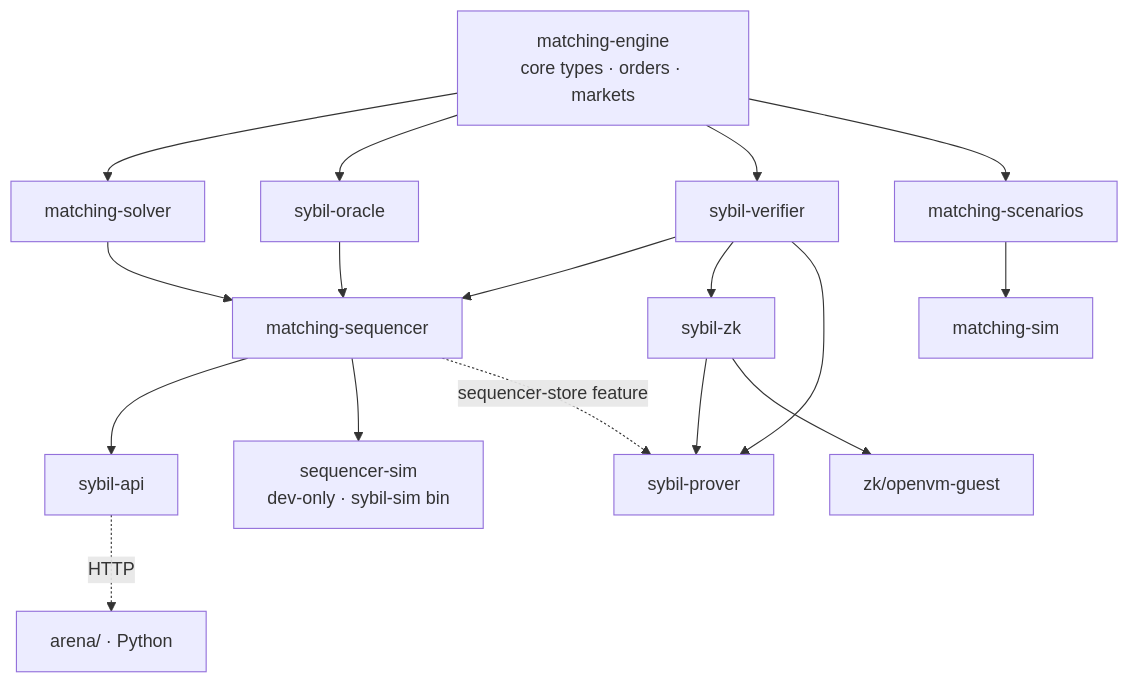
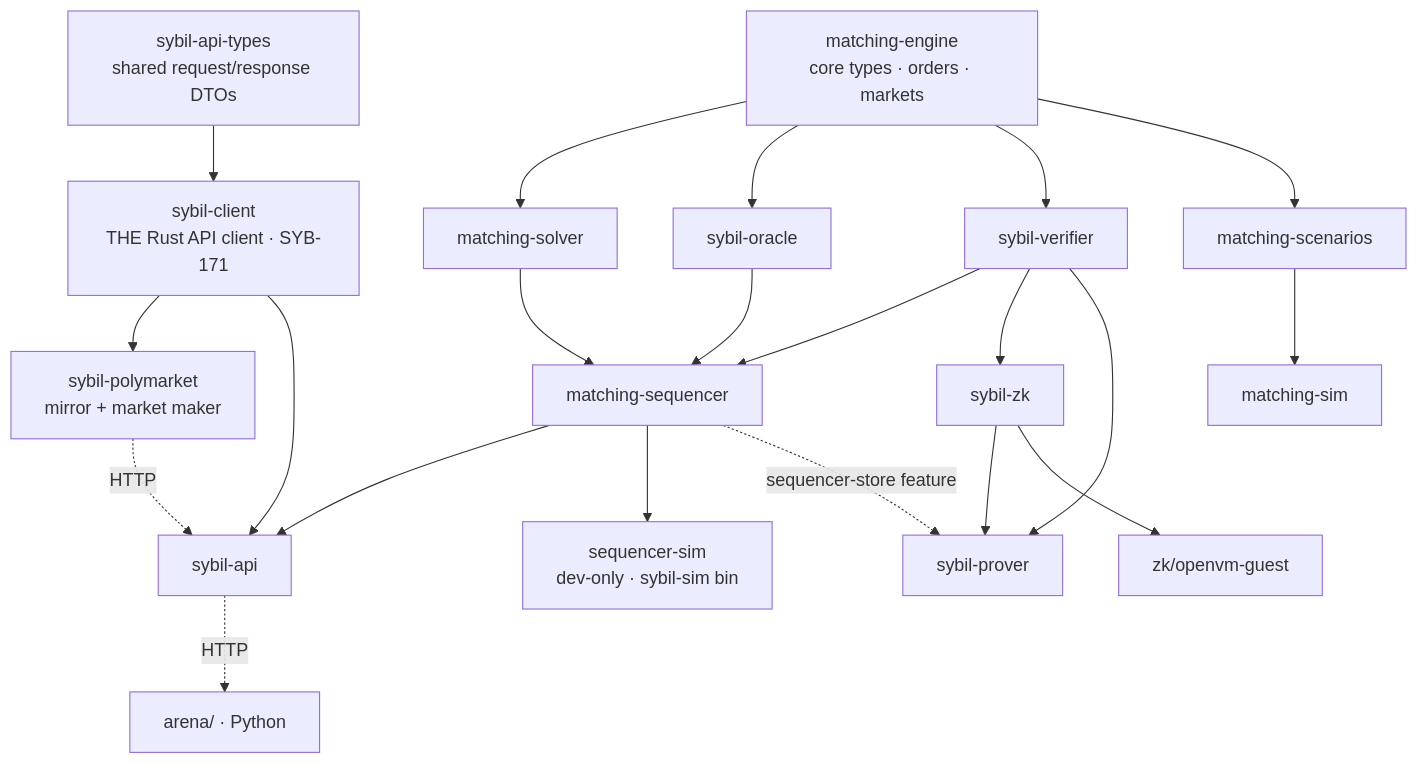
Before and after one commit to MetaB0y/sybil: the diagram in docs/architecture/Crate Dependency Map.md, drawn with Mermaid. The commit also changed other lines of this file and 17 other files, not shown here.

````diff
--- a/docs/architecture/Crate Dependency Map.md
+++ b/docs/architecture/Crate Dependency Map.md
@@ -25,24 +27,29 @@
 ```mermaid
 graph TB
     ENGINE["matching-engine<br/>core types · orders · markets"]
 
     ENGINE --> SOLVER["matching-solver"]
     ENGINE --> ORACLE["sybil-oracle"]
     ENGINE --> VERIFIER["sybil-verifier"]
     ENGINE --> SCENARIOS["matching-scenarios"]
 
     SOLVER --> SEQ["matching-sequencer"]
     ORACLE --> SEQ
     VERIFIER --> SEQ
 
     SEQ --> API["sybil-api"]
     SEQ --> SEQSIM["sequencer-sim<br/>dev-only · sybil-sim bin"]
     API -.->|"HTTP"| ARENA["arena/ · Python"]
 
     SCENARIOS --> SIM["matching-sim"]
     VERIFIER --> ZK["sybil-zk"]
     VERIFIER --> PROVER["sybil-prover"]
     ZK --> PROVER
     SEQ -.->|"sequencer-store feature"| PROVER
     ZK --> OPENVM["zk/openvm-guest"]
+
+    TYPES["sybil-api-types<br/>shared request/response DTOs"] --> CLIENT["sybil-client<br/>THE Rust API client · SYB-171"]
+    CLIENT --> POLY["sybil-polymarket<br/>mirror + market maker"]
+    CLIENT --> API
+    POLY -.->|"HTTP"| API
 ```
````
